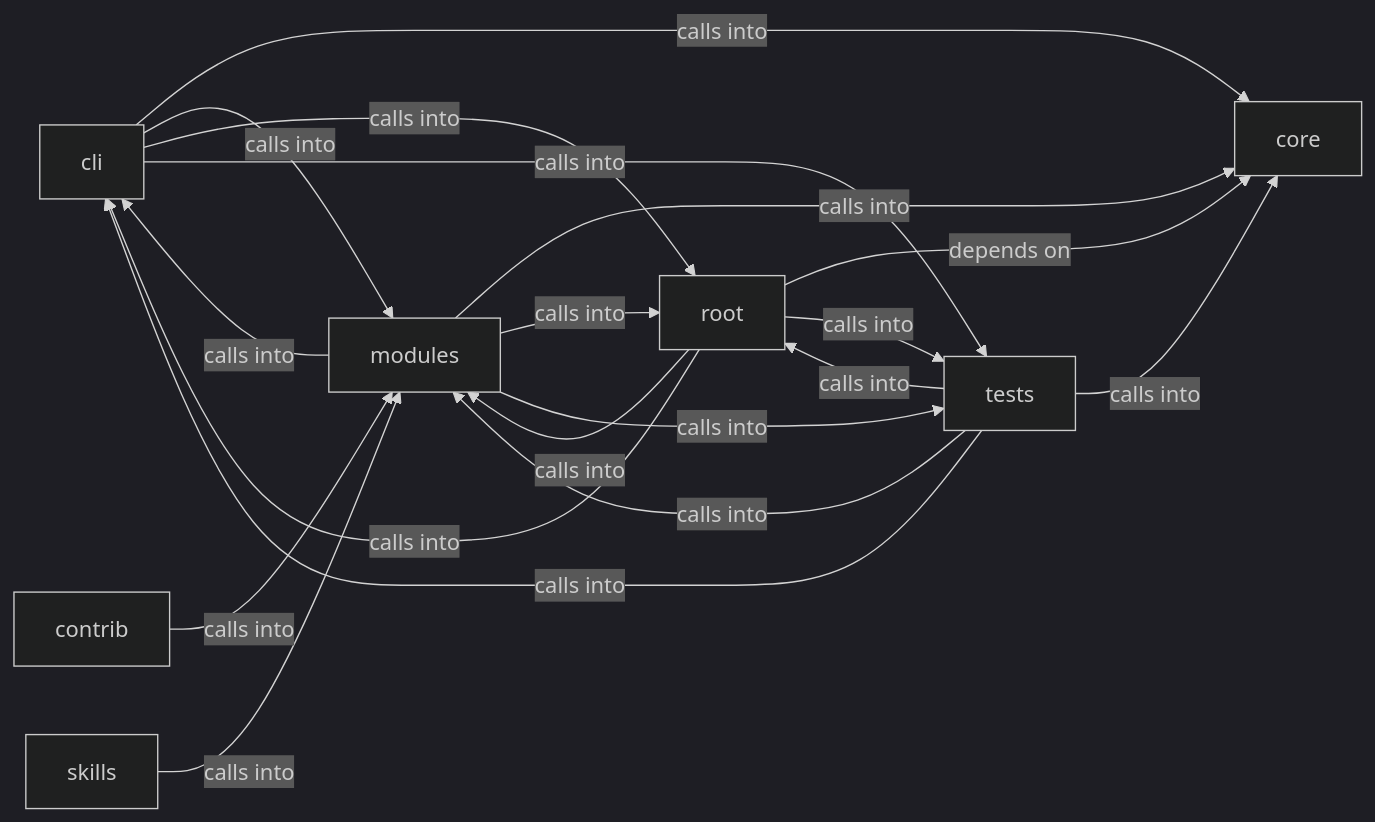
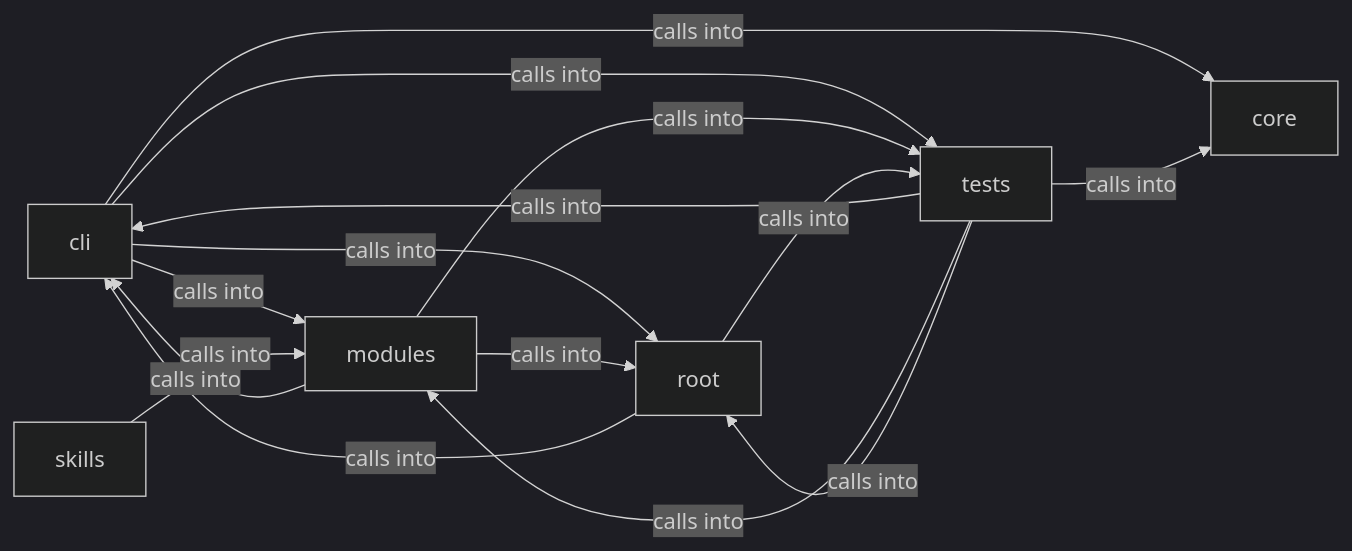
One commit to grisuno/LazyOwn changed the diagram in readmenator-diagrams/cli_commands.md. Above: the diagram before and after it, drawn with Mermaid (dark theme). The commit also changed other lines of this file and 434 other files, not shown here.

````diff
--- a/readmenator-diagrams/cli_commands.md
+++ b/readmenator-diagrams/cli_commands.md
@@ -5,28 +5,23 @@
 ```mermaid
 graph LR
     cli["cli"]
-    contrib["contrib"]
     core["core"]
     modules["modules"]
     root["root"]
     skills["skills"]
     tests["tests"]
     cli -- "calls into" --> core
     cli -- "calls into" --> modules
     cli -- "calls into" --> root
     cli -- "calls into" --> tests
-    contrib -- "calls into" --> modules
     modules -- "calls into" --> cli
-    modules -- "calls into" --> core
     modules -- "calls into" --> root
     modules -- "calls into" --> tests
     root -- "calls into" --> cli
-    root -- "depends on" --> core
-    root -- "calls into" --> modules
     root -- "calls into" --> tests
     skills -- "calls into" --> modules
     tests -- "calls into" --> cli
     tests -- "calls into" --> core
     tests -- "calls into" --> modules
     tests -- "calls into" --> root
 ```
````
